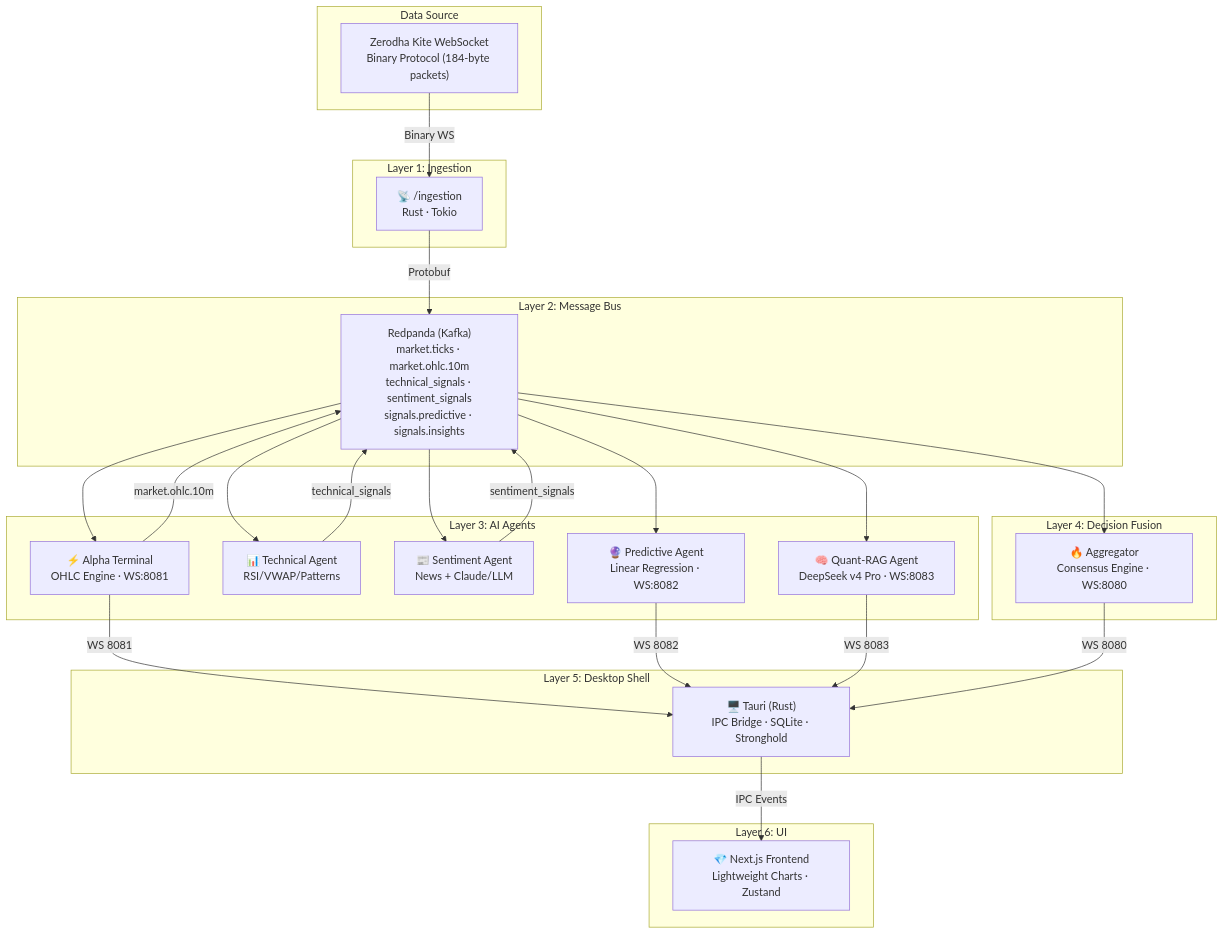
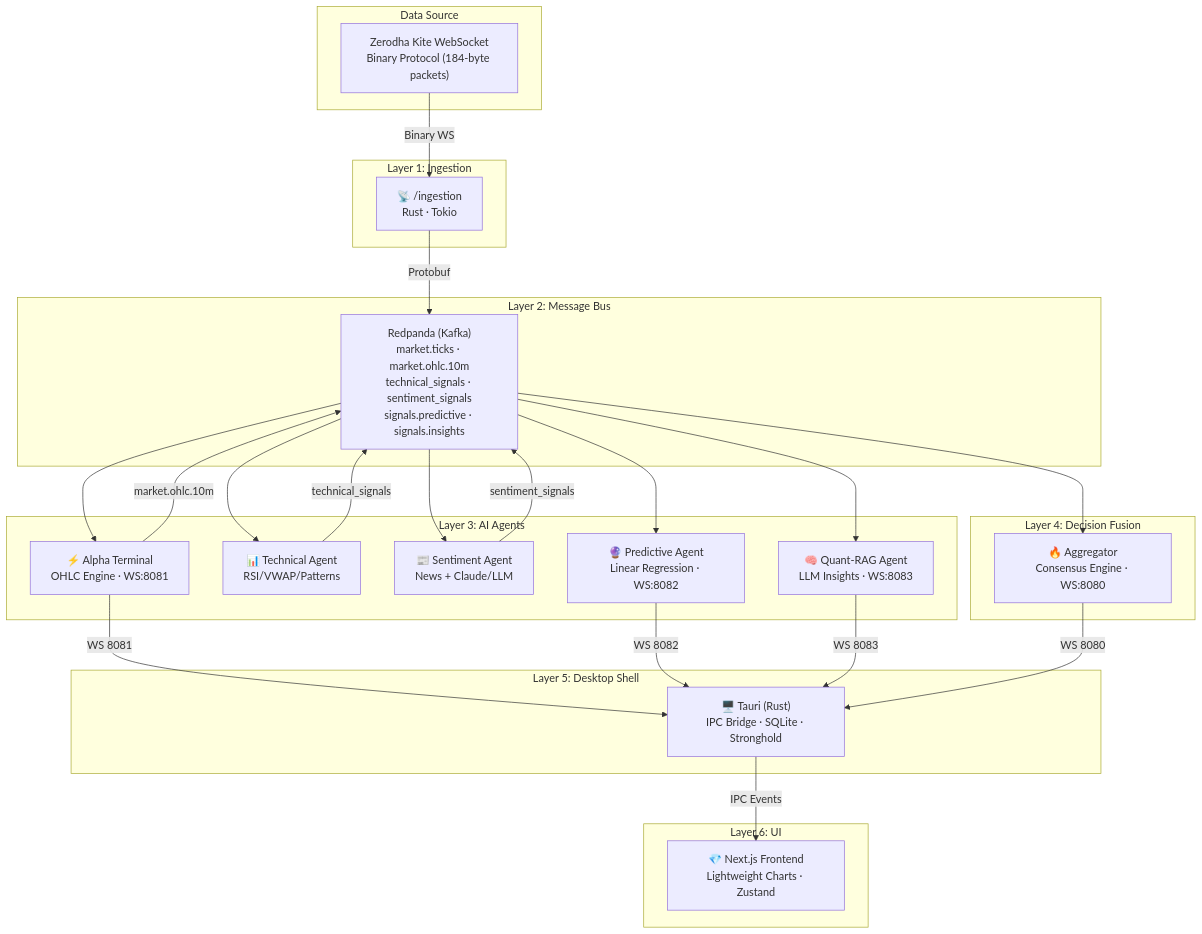
Before and after one commit to 6829nkhpas/Ai-trader: the diagram in docs/COMPLETE_ANALYSIS.md, drawn with Mermaid. The commit also changed other lines of this file and 20 other files, not shown here.

````diff
--- a/docs/COMPLETE_ANALYSIS.md
+++ b/docs/COMPLETE_ANALYSIS.md
@@ -18,51 +18,51 @@
 ```mermaid
 graph TB
     subgraph "Data Source"
         KITE["Zerodha Kite WebSocket<br/>Binary Protocol (184-byte packets)"]
     end
 
     subgraph "Layer 1: Ingestion"
         ING["📡 /ingestion<br/>Rust · Tokio"]
     end
 
     subgraph "Layer 2: Message Bus"
         KAFKA["Redpanda (Kafka)<br/>market.ticks · market.ohlc.10m<br/>technical_signals · sentiment_signals<br/>signals.predictive · signals.insights"]
     end
 
     subgraph "Layer 3: AI Agents"
         AT["⚡ Alpha Terminal<br/>OHLC Engine · WS:8081"]
         TA["📊 Technical Agent<br/>RSI/VWAP/Patterns"]
         SA["📰 Sentiment Agent<br/>News + Claude/LLM"]
         PA["🔮 Predictive Agent<br/>Linear Regression · WS:8082"]
-        QR["🧠 Quant-RAG Agent<br/>DeepSeek v4 Pro · WS:8083"]
+        QR["🧠 Quant-RAG Agent<br/>LLM Insights · WS:8083"]
     end
 
     subgraph "Layer 4: Decision Fusion"
         AGG["🔥 Aggregator<br/>Consensus Engine · WS:8080"]
     end
 
     subgraph "Layer 5: Desktop Shell"
         TAURI["🖥️ Tauri (Rust)<br/>IPC Bridge · SQLite · Stronghold"]
     end
 
     subgraph "Layer 6: UI"
         FE["💎 Next.js Frontend<br/>Lightweight Charts · Zustand"]
     end
 
     KITE -->|Binary WS| ING
     ING -->|Protobuf| KAFKA
     KAFKA --> AT
     KAFKA --> TA
     KAFKA --> SA
     AT -->|market.ohlc.10m| KAFKA
     KAFKA --> PA
     KAFKA --> QR
     TA -->|technical_signals| KAFKA
     SA -->|sentiment_signals| KAFKA
     KAFKA --> AGG
     AT -->|WS 8081| TAURI
     PA -->|WS 8082| TAURI
     QR -->|WS 8083| TAURI
     AGG -->|WS 8080| TAURI
     TAURI -->|IPC Events| FE
 ```
````
